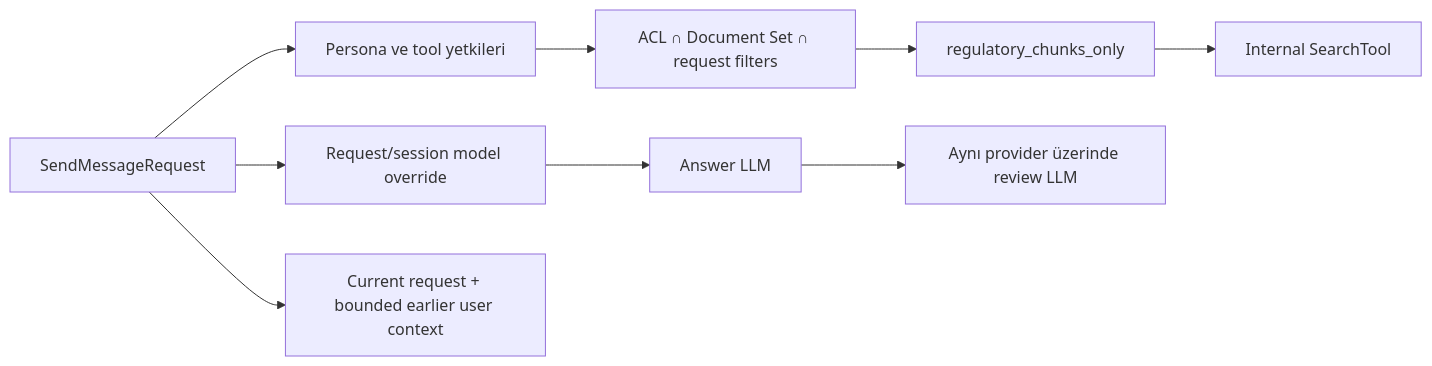
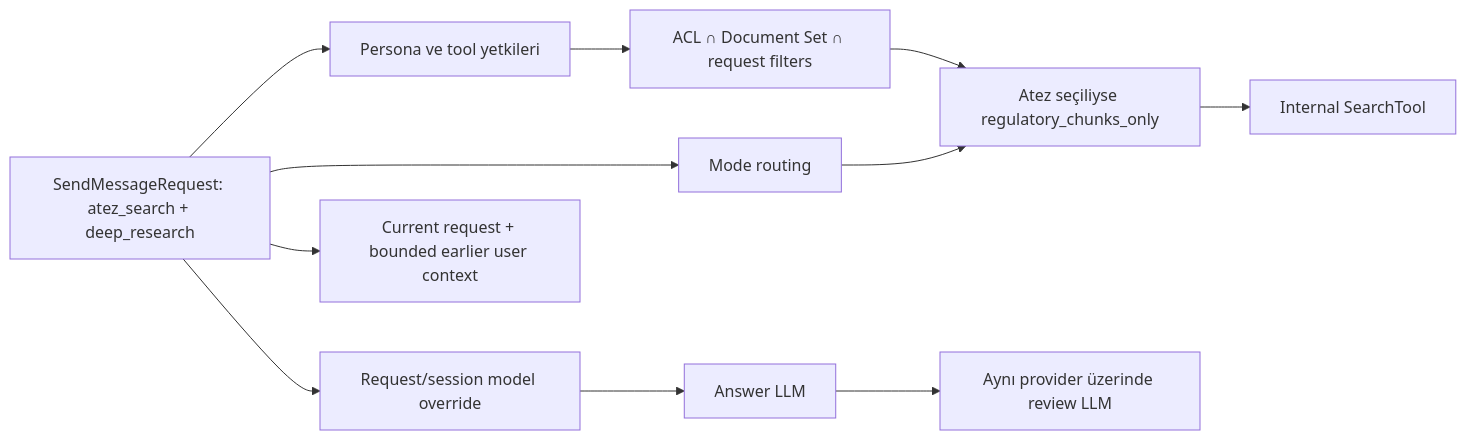
Before and after one commit to atezsoftware/customs-regulations-chatbot: the second of 3 diagrams in docs/deep-research-workflow.md, drawn with Mermaid. The commit also changed other lines of this file and 21 other files, not shown here.

Commit message:
feat: add opt-in Atez Search mode

````diff
--- a/docs/deep-research-workflow.md
+++ b/docs/deep-research-workflow.md
@@ -100,11 +119,13 @@
 ```mermaid
 flowchart LR
-    REQ["SendMessageRequest"] --> PERSONA["Persona ve tool yetkileri"]
+    REQ["SendMessageRequest: atez_search + deep_research"] --> PERSONA["Persona ve tool yetkileri"]
     REQ --> OVERRIDE["Request/session model override"]
     PERSONA --> FILTER["ACL ∩ Document Set ∩ request filters"]
-    FILTER --> REG["regulatory_chunks_only"]
+    REQ --> MODE["Mode routing"]
+    FILTER --> REG["Atez seçiliyse regulatory_chunks_only"]
+    MODE --> REG
     REG --> SEARCH["Internal SearchTool"]
     OVERRIDE --> ANSWER["Answer LLM"]
     ANSWER --> REVIEW["Aynı provider üzerinde review LLM"]
     REQ --> HISTORY["Current request + bounded earlier user context"]
 ```
````
